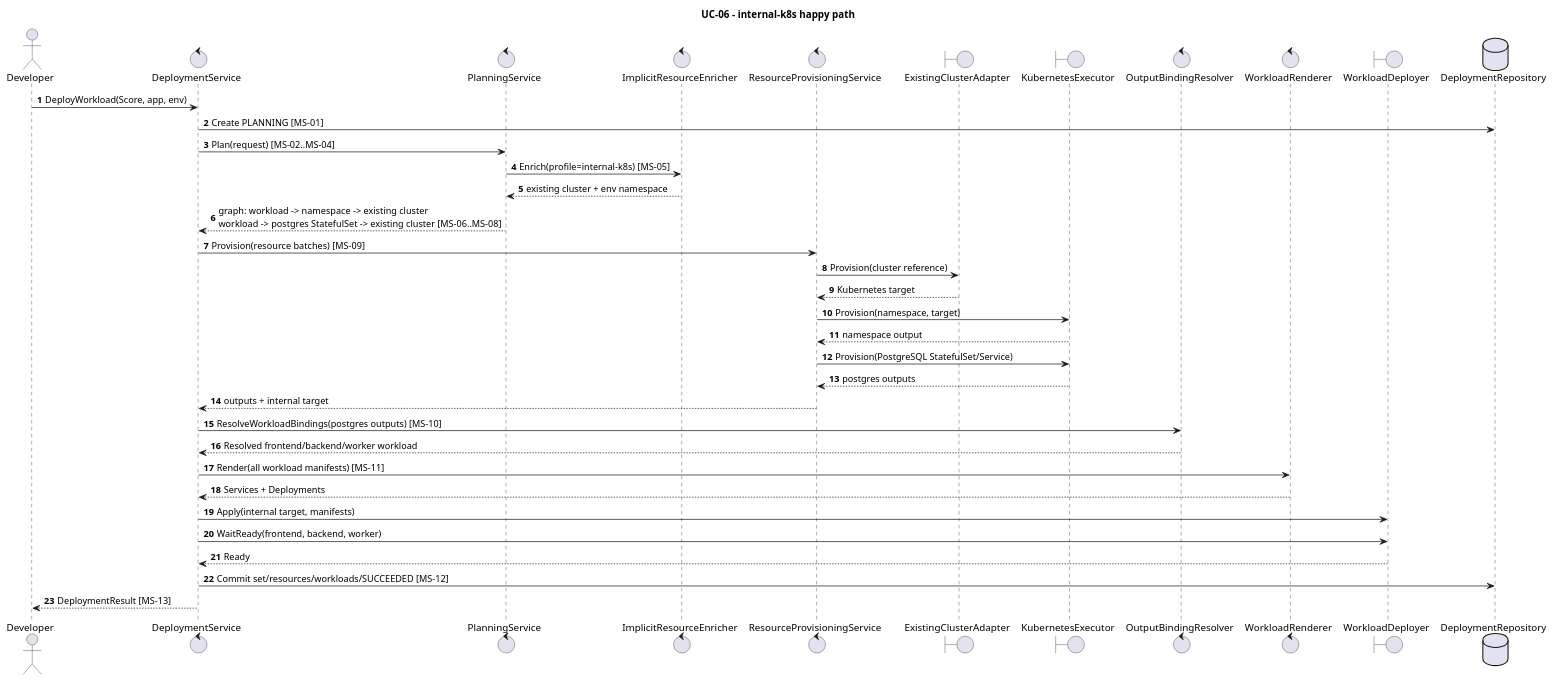
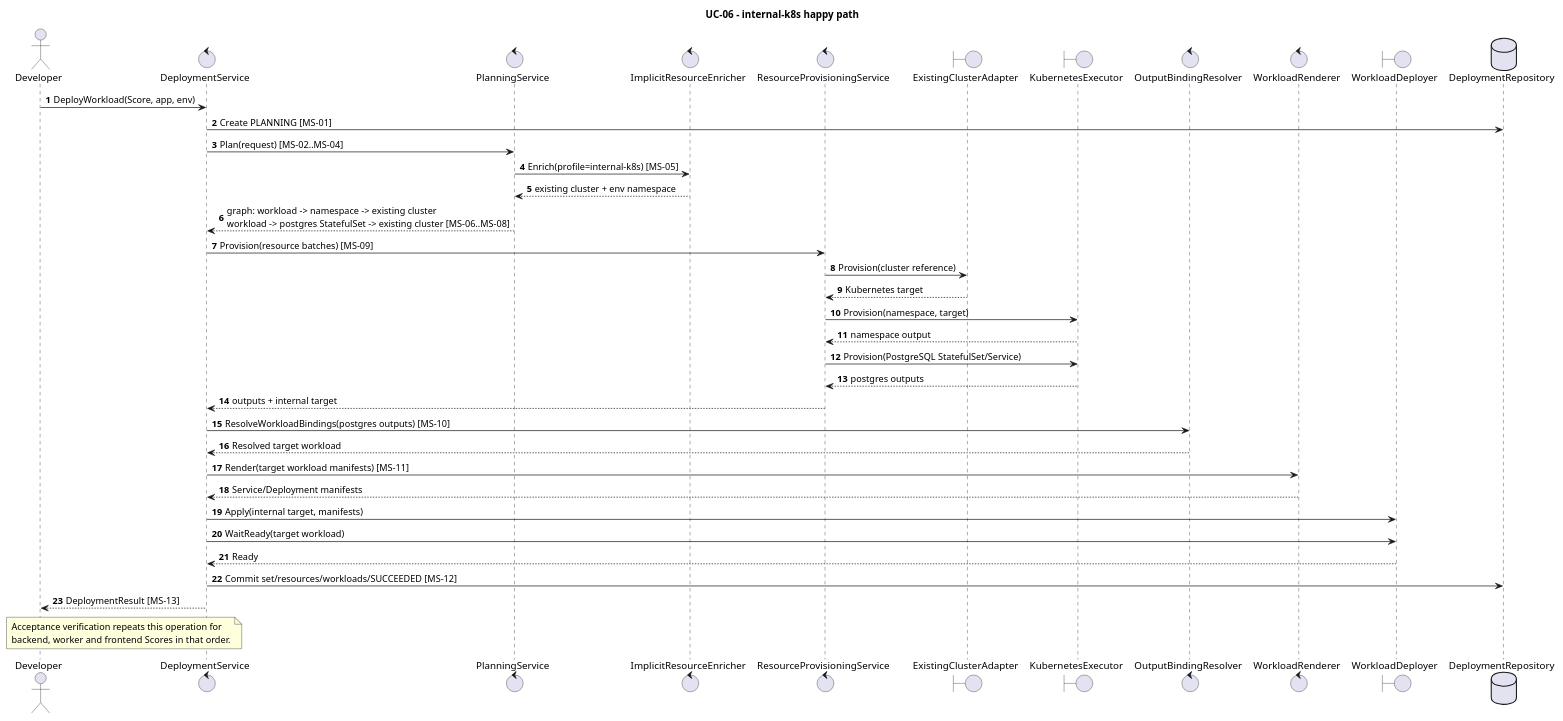
One commit to pr3s3nt/poc changed the diagram in orchestrator_docs/usecase/UC-06/sequence-internal.puml. Above: the diagram before and after it, drawn with PlantUML. The commit also changed 139 other files, not shown here.

```diff
--- a/orchestrator_docs/usecase/UC-06/sequence-internal.puml
+++ b/orchestrator_docs/usecase/UC-06/sequence-internal.puml
@@ -1,39 +1,43 @@
 @startuml
 title UC-06 - internal-k8s happy path
 autonumber
 actor Developer
 control DeploymentService as Service
 control PlanningService as Planner
 control ImplicitResourceEnricher as Enricher
 control ResourceProvisioningService as Provisioner
 boundary ExistingClusterAdapter as ExistingCluster
 boundary KubernetesExecutor as ResourceK8s
 control OutputBindingResolver as Resolver
 control WorkloadRenderer as Renderer
 boundary WorkloadDeployer as WorkloadK8s
 database DeploymentRepository as Repo
 
 Developer -> Service: DeployWorkload(Score, app, env)
 Service -> Repo: Create PLANNING [MS-01]
 Service -> Planner: Plan(request) [MS-02..MS-04]
 Planner -> Enricher: Enrich(profile=internal-k8s) [MS-05]
 Enricher --> Planner: existing cluster + env namespace
 Planner --> Service: graph: workload -> namespace -> existing cluster\nworkload -> postgres StatefulSet -> existing cluster [MS-06..MS-08]
 Service -> Provisioner: Provision(resource batches) [MS-09]
 Provisioner -> ExistingCluster: Provision(cluster reference)
 ExistingCluster --> Provisioner: Kubernetes target
 Provisioner -> ResourceK8s: Provision(namespace, target)
 ResourceK8s --> Provisioner: namespace output
 Provisioner -> ResourceK8s: Provision(PostgreSQL StatefulSet/Service)
 ResourceK8s --> Provisioner: postgres outputs
 Provisioner --> Service: outputs + internal target
 Service -> Resolver: ResolveWorkloadBindings(postgres outputs) [MS-10]
-Resolver --> Service: Resolved frontend/backend/worker workload
-Service -> Renderer: Render(all workload manifests) [MS-11]
-Renderer --> Service: Services + Deployments
+Resolver --> Service: Resolved target workload
+Service -> Renderer: Render(target workload manifests) [MS-11]
+Renderer --> Service: Service/Deployment manifests
 Service -> WorkloadK8s: Apply(internal target, manifests)
-Service -> WorkloadK8s: WaitReady(frontend, backend, worker)
+Service -> WorkloadK8s: WaitReady(target workload)
 WorkloadK8s --> Service: Ready
 Service -> Repo: Commit set/resources/workloads/SUCCEEDED [MS-12]
 Service --> Developer: DeploymentResult [MS-13]
+note over Developer, Service
+Acceptance verification repeats this operation for
+backend, worker and frontend Scores in that order.
+end note
 @enduml
```
